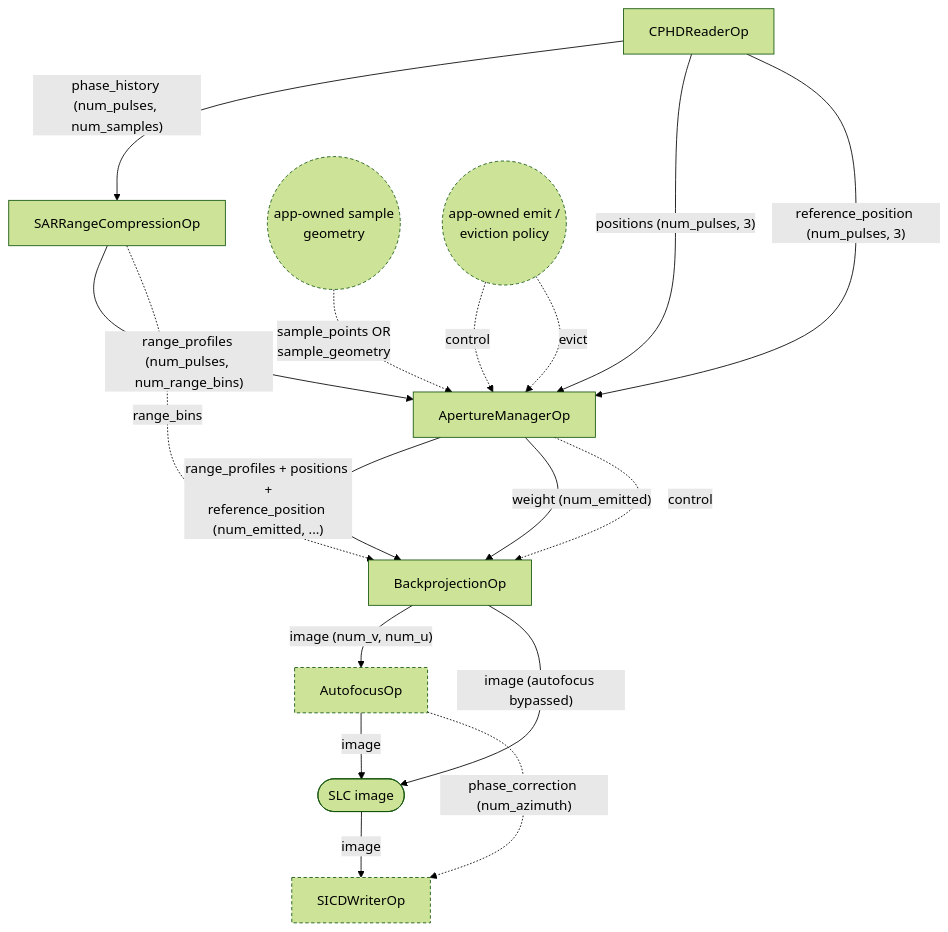
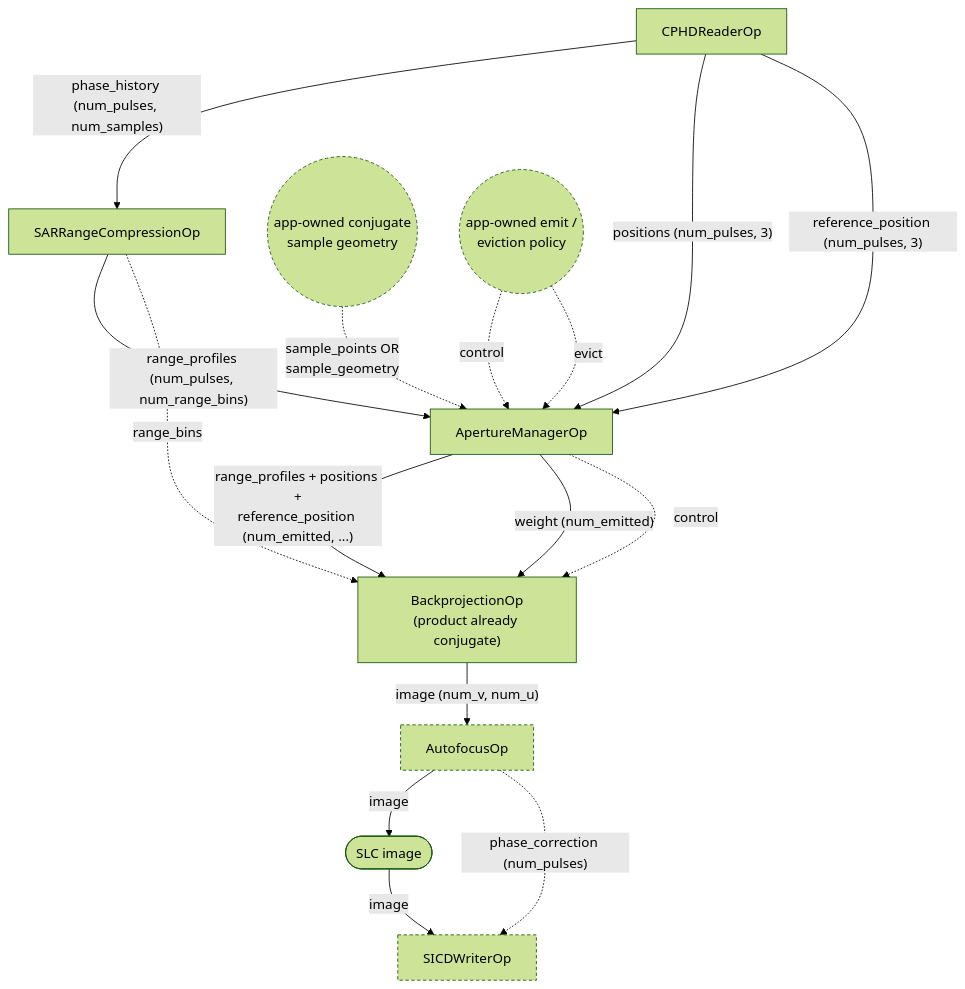
One commit to nvidia-holoscan/holoscan-radar changed the third of 5 diagrams in docs/planning/SAR/WORKFLOWS.md. Above: the diagram before and after it, drawn with Mermaid (forest theme). The commit also changed other lines of this file and 11 other files, not shown here.

````diff
--- a/docs/planning/SAR/WORKFLOWS.md
+++ b/docs/planning/SAR/WORKFLOWS.md
@@ -307,21 +367,20 @@
 ```mermaid
 flowchart TD
   classDef opt stroke-dasharray:4 3
   READ["CPHDReaderOp"] -->|"phase_history (num_pulses, num_samples)"| RC["SARRangeCompressionOp"]
   READ -->|"positions (num_pulses, 3)"| AC["ApertureManagerOp"]
   READ -->|"reference_position (num_pulses, 3)"| AC
   RC -->|"range_profiles (num_pulses, num_range_bins)"| AC
-  AC -->|"range_profiles + positions +<br>reference_position (num_emitted, ...)"| BP["BackprojectionOp"]
+  AC -->|"range_profiles + positions +<br>reference_position (num_emitted, ...)"| BP["BackprojectionOp<br>(product already conjugate)"]
   AC -->|"weight (num_emitted)"| BP
   AC -.->|"control"| BP
   RC -.->|"range_bins"| BP
-  GEOM(("app-owned sample<br>geometry")) -.->|"sample_points OR<br>sample_geometry"| AC
+  GEOM(("app-owned conjugate<br>sample geometry")) -.->|"sample_points OR<br>sample_geometry"| AC
   POL(("app-owned emit /<br>eviction policy")) -.->|"control"| AC
   POL -.->|"evict"| AC
   BP -->|"image (num_v, num_u)"| AF["AutofocusOp"]
   AF -->|"image"| SLC(["SLC image"])
-  BP -->|"image (autofocus bypassed)"| SLC
-  AF -.->|"phase_correction (num_azimuth)"| SICD["SICDWriterOp"]
+  AF -.->|"phase_correction (num_pulses)"| SICD["SICDWriterOp"]
   SLC -->|"image"| SICD
   class AF,GEOM,POL,SICD opt
 ```
````
